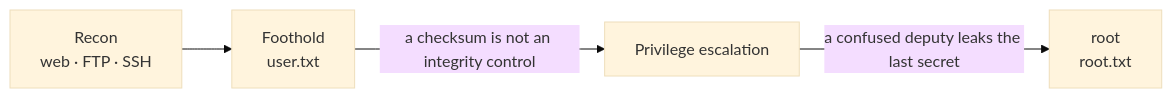
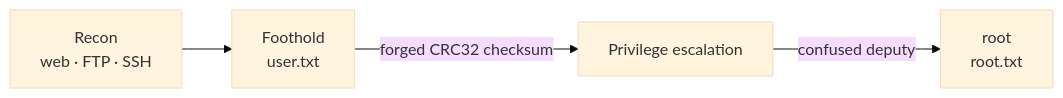
The diagram in README.md (mahdi-al-hakim/WeSecure), drawn with Mermaid (base theme) before and after one commit. The commit also changed other lines of this file and 4 other files, not shown here.

````diff
--- a/README.md
+++ b/README.md
@@ -34,6 +32,6 @@
 ```mermaid
 flowchart LR
     R["Recon<br/>web · FTP · SSH"] --> F["Foothold<br/>user.txt"]
-    F -->|"a checksum is not an integrity control"| P["Privilege escalation"]
-    P -->|"a confused deputy leaks the last secret"| Root["root<br/>root.txt"]
+    F -->|"forged CRC32 checksum"| P["Privilege escalation"]
+    P -->|"confused deputy"| Root["root<br/>root.txt"]
 ```
````
